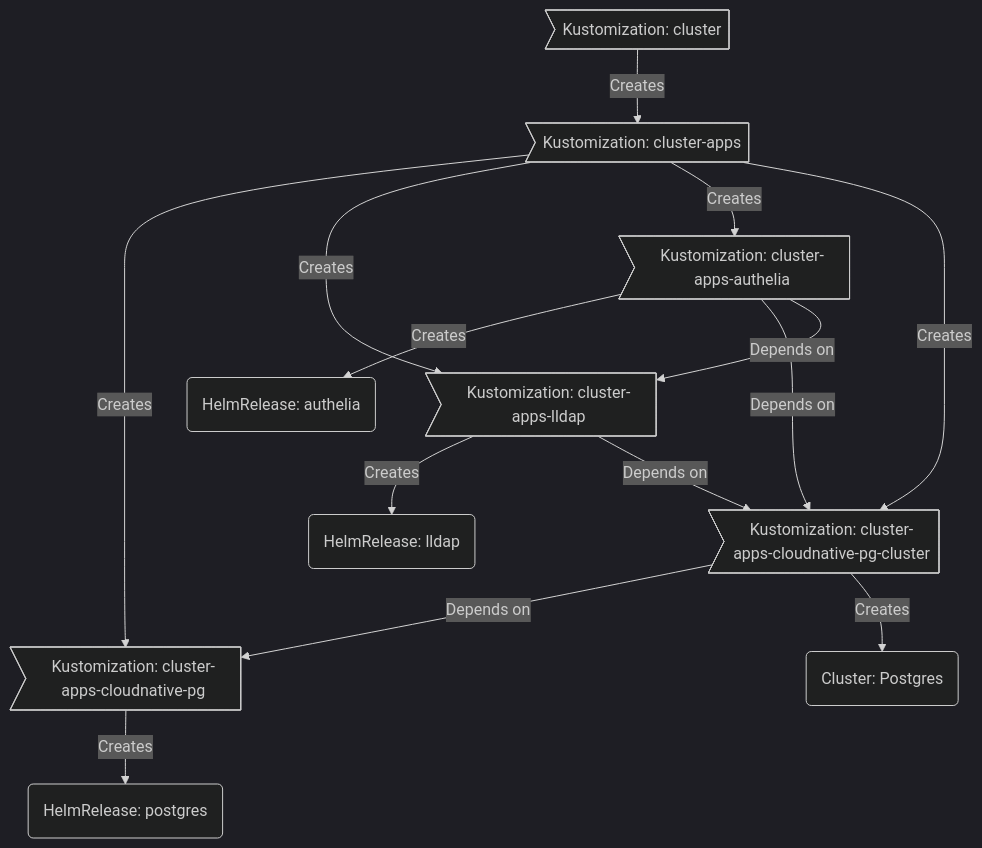
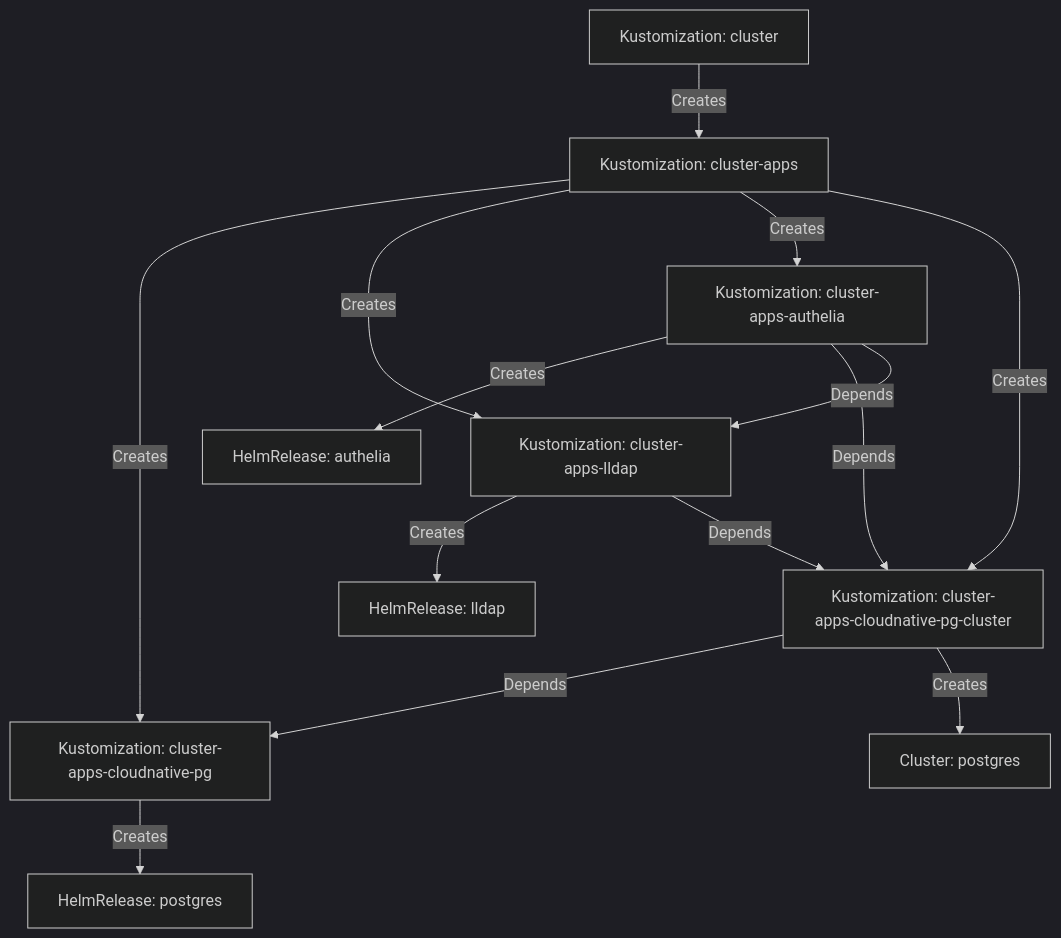
The diagram in README.md (buroa/k8s-gitops), drawn with Mermaid (dark theme) before and after one commit. The commit also changed other lines of this file and 30 other files, not shown here.

````diff
--- a/README.md
+++ b/README.md
@@ -94,16 +94,27 @@
 ```mermaid
 graph TD;
-  id1>Kustomization: cluster] --> |Creates| id2>Kustomization: cluster-apps];
-  id2>Kustomization: cluster-apps] --> |Creates| id3>Kustomization: cluster-apps-cloudnative-pg];
-  id2>Kustomization: cluster-apps] --> |Creates| id6>Kustomization: cluster-apps-lldap]
-  id2>Kustomization: cluster-apps] --> |Creates| id8>Kustomization: cluster-apps-authelia]
-  id2>Kustomization: cluster-apps] --> |Creates| id5>Kustomization: cluster-apps-cloudnative-pg-cluster]
-  id3 --> |Creates| id4(HelmRelease: postgres);
-  id5 --> |Depends on| id3;
-  id5 --> |Creates| id10(Cluster: Postgres);
-  id6 --> |Creates| id7(HelmRelease: lldap);
-  id6 --> |Depends on| id5;
-  id8 --> |Creates| id9(HelmRelease: authelia);
-  id8 --> |Depends on| id5;
-  id8 --> |Depends on| id6;
+  id1[Kustomization: cluster];
+  id2[Kustomization: cluster-apps];
+  id3[Kustomization: cluster-apps-cloudnative-pg];
+  id4[HelmRelease: postgres];
+  id5[Kustomization: cluster-apps-cloudnative-pg-cluster];
+  id6[Kustomization: cluster-apps-lldap];
+  id7[HelmRelease: lldap];
+  id8[Kustomization: cluster-apps-authelia];
+  id9[HelmRelease: authelia];
+  id10[Cluster: postgres];
+
+  id1 -->|Creates| id2;
+  id2 -->|Creates| id3;
+  id2 -->|Creates| id6;
+  id2 -->|Creates| id8;
+  id2 -->|Creates| id5;
+  id3 -->|Creates| id4;
+  id5 -->|Depends| id3;
+  id5 -->|Creates| id10;
+  id6 -->|Creates| id7;
+  id6 -->|Depends| id5;
+  id8 -->|Creates| id9;
+  id8 -->|Depends| id5;
+  id8 -->|Depends| id6;
 ```
````
